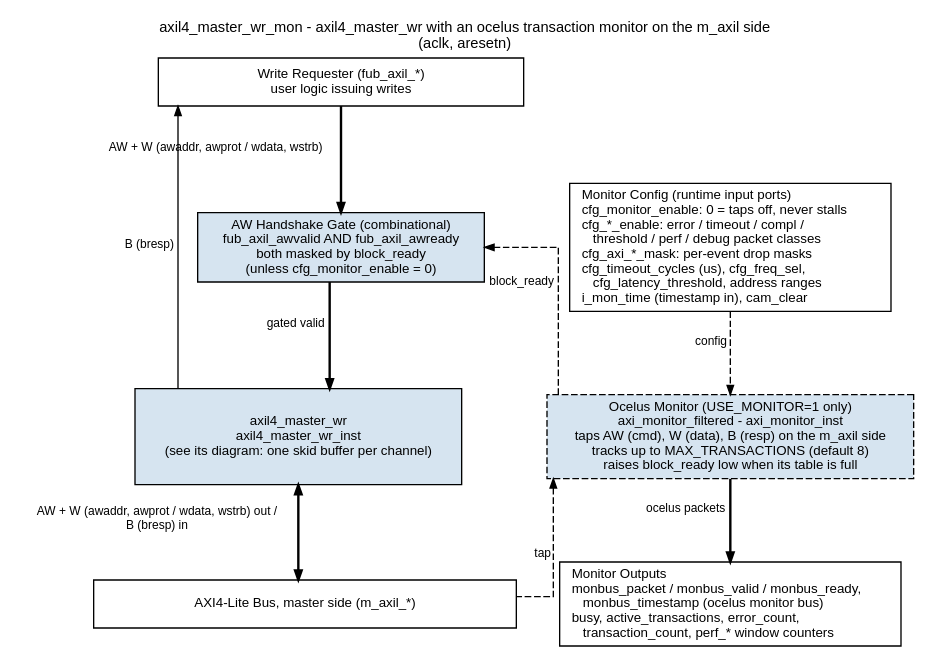
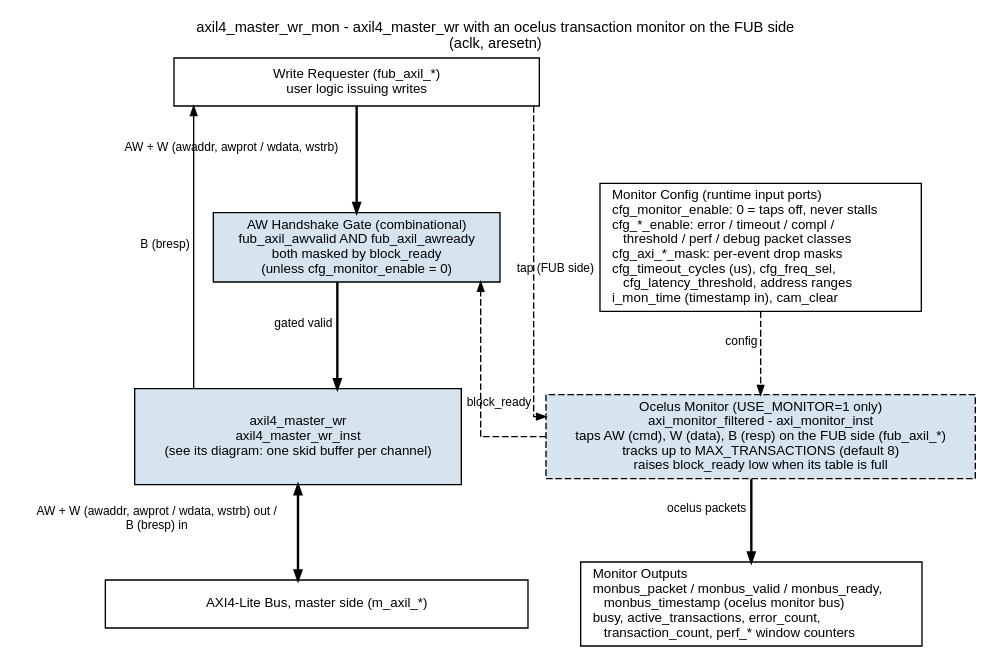
One commit to sean-galloway/RTLDesignSherpa changed the diagram in docs/markdown/assets/rtl-amba/graphviz/axil4_master_wr_mon.dot. Above: the diagram before and after it, drawn with Graphviz. The commit also changed 118 other files, not shown here.

First line of the commit message:
fix(amba): monitors tap the FUB side; consistent busy; EARLY_BURSTS (Fixes #108, Fixes #113)

```diff
--- a/docs/markdown/assets/rtl-amba/graphviz/axil4_master_wr_mon.dot
+++ b/docs/markdown/assets/rtl-amba/graphviz/axil4_master_wr_mon.dot
@@ -1,38 +1,38 @@
 // axil4_master_wr_mon block diagram - house style (vault/handbook/authoring/block-diagrams.md).
 // Variant of axil4_master_wr: the wrapped module is ONE child box (see its own diagram);
 // only what this wrapper adds is drawn. Generated from the axil4 variant template.
 // Source of truth: rtl/amba/axil4/axil4_master_wr_mon.sv.
 digraph axil4_master_wr_mon {
     graph [rankdir=TB, bgcolor="white", fontname="Helvetica", fontsize=11,
            nodesep="0.45", ranksep="0.80", splines=ortho, newrank=true,
-           label="axil4_master_wr_mon - axil4_master_wr with an ocelus transaction monitor on the m_axil side\n(aclk, aresetn)",
+           label="axil4_master_wr_mon - axil4_master_wr with an ocelus transaction monitor on the FUB side\n(aclk, aresetn)",
            labelloc=t, labeljust=c];
     node  [fontname="Helvetica", fontsize=10, shape=box, style=filled,
            fillcolor="#D6E4F0", color="black", margin="0.12,0.06"];
     edge  [fontname="Helvetica", fontsize=9, color="black", arrowsize=0.7];
 
     top   [label="Write Requester (fub_axil_*)\nuser logic issuing writes", fillcolor="white", width=3.8];
     child [label="axil4_master_wr\naxil4_master_wr_inst\n(see its diagram: one skid buffer per channel)", width=3.4, height=1.0];
     bot   [label="AXI4-Lite Bus, master side (m_axil_*)", fillcolor="white", width=4.4];
 
     mcfg  [label="Monitor Config (runtime input ports)\lcfg_monitor_enable: 0 = taps off, never stalls\lcfg_*_enable: error / timeout / compl /\l    threshold / perf / debug packet classes\lcfg_axi_*_mask: per-event drop masks\lcfg_timeout_cycles (us), cfg_freq_sel,\l    cfg_latency_threshold, address ranges\li_mon_time (timestamp in), cam_clear\l", fillcolor="white"];
-    mon   [label="Ocelus Monitor (USE_MONITOR=1 only)\naxi_monitor_filtered - axi_monitor_inst\ntaps AW (cmd), W (data), B (resp) on the m_axil side\ntracks up to MAX_TRANSACTIONS (default 8)\nraises block_ready low when its table is full", style="filled,dashed"];
+    mon   [label="Ocelus Monitor (USE_MONITOR=1 only)\naxi_monitor_filtered - axi_monitor_inst\ntaps AW (cmd), W (data), B (resp) on the FUB side (fub_axil_*)\ntracks up to MAX_TRANSACTIONS (default 8)\nraises block_ready low when its table is full", style="filled,dashed"];
     gate  [label="AW Handshake Gate (combinational)\nfub_axil_awvalid AND fub_axil_awready\nboth masked by block_ready\n(unless cfg_monitor_enable = 0)"];
     mout  [label="Monitor Outputs\lmonbus_packet / monbus_valid / monbus_ready,\l    monbus_timestamp (ocelus monitor bus)\lbusy, active_transactions, error_count,\l    transaction_count, perf_* window counters\l", fillcolor="white"];
     mcfg -> mon [style=dashed, xlabel="config"];
     mon  -> gate [style=dashed, xlabel="block_ready"];
     mon  -> mout [xlabel="ocelus packets", penwidth=1.8];
 
     top  -> gate  [xlabel="AW + W (awaddr, awprot / wdata, wstrb)", penwidth=1.8];
     gate -> child [xlabel="gated valid", penwidth=1.8];
     child -> bot  [dir=both, xlabel="AW + W (awaddr, awprot / wdata, wstrb) out /\nB (bresp) in", penwidth=1.8];
 
     top -> child [dir=back, xlabel="B (bresp)", constraint=false];
-    mon -> bot [dir=back, style=dashed, xlabel="tap"];
+    top -> mon [style=dashed, constraint=false, xlabel="tap (FUB side)"];
 
     { rank=same; gate; mcfg; }
     { rank=same; child; mon; }
     child -> mon [style=invis, minlen=2];
     { rank=same; bot; mout; }
     bot -> mout [style=invis];
 }
```
